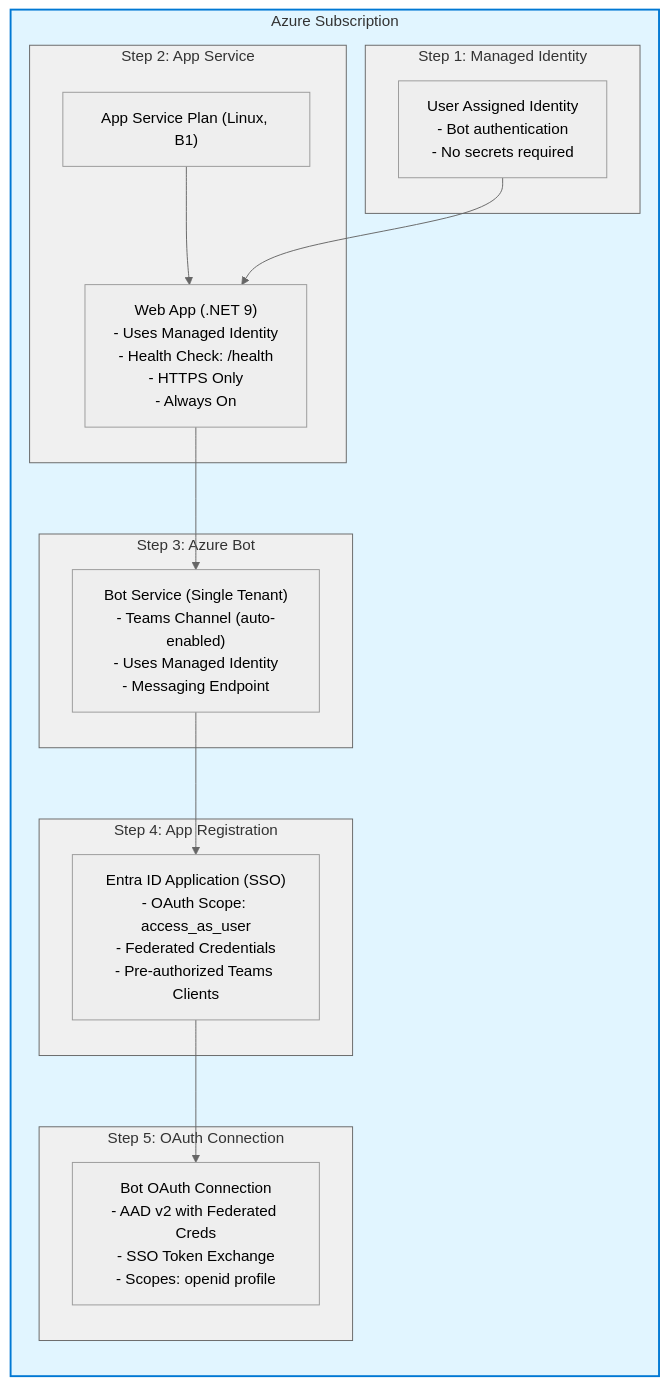
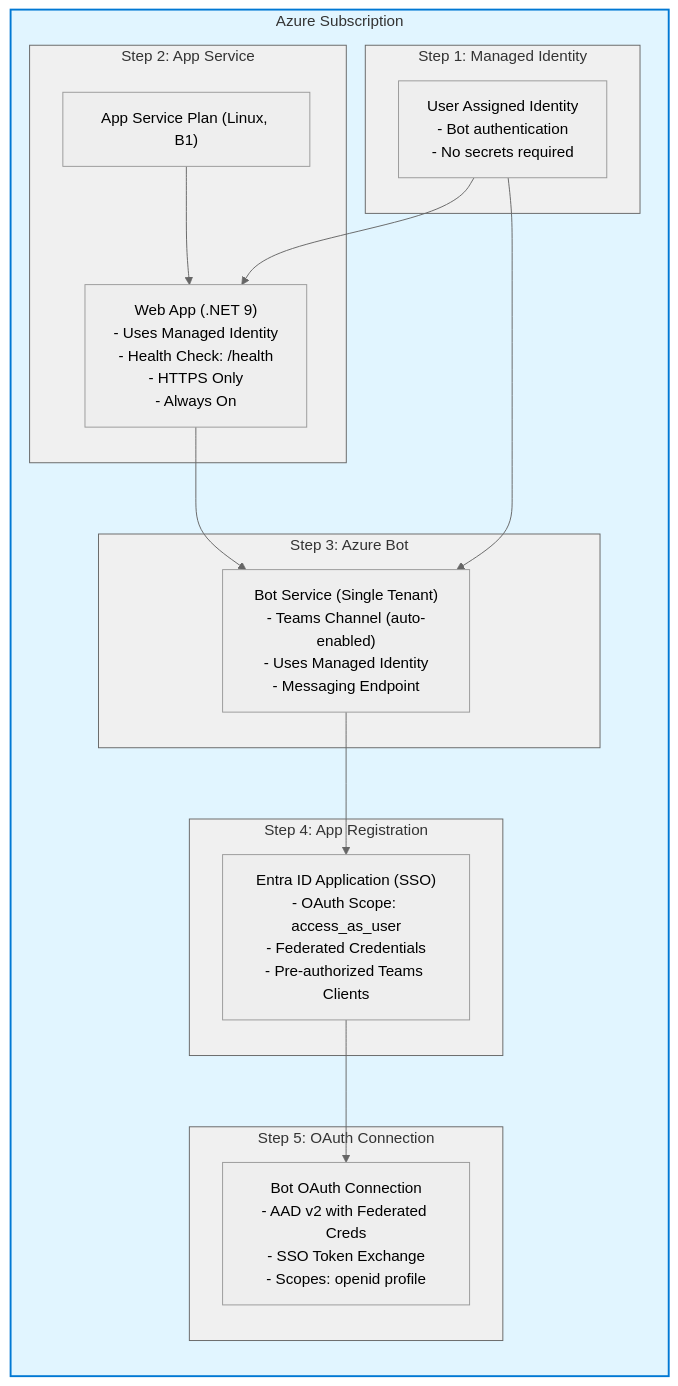
The diagram in M365Agent/AZURE_DEPLOYMENT.md (ericsche/ProxyAgent-CSharp), drawn with Mermaid (neutral theme) before and after one commit.

Commit message:
update diagram

````diff
--- a/M365Agent/AZURE_DEPLOYMENT.md
+++ b/M365Agent/AZURE_DEPLOYMENT.md
@@ -59,40 +59,41 @@
 ```mermaid
 graph TB
     subgraph Azure["Azure Subscription"]
         direction TB
         
         subgraph Step1["Step 1: Managed Identity"]
             Identity["User Assigned Identity<br/>- Bot authentication<br/>- No secrets required"]
         end
         
         subgraph Step2["Step 2: App Service"]
             AppServicePlan["App Service Plan (Linux, B1)"]
             WebApp["Web App (.NET 9)<br/>- Uses Managed Identity<br/>- Health Check: /health<br/>- HTTPS Only<br/>- Always On"]
             AppServicePlan --> WebApp
         end
         
         subgraph Step3["Step 3: Azure Bot"]
             BotService["Bot Service (Single Tenant)<br/>- Teams Channel (auto-enabled)<br/>- Uses Managed Identity<br/>- Messaging Endpoint"]
         end
         
         subgraph Step4["Step 4: App Registration"]
             SSOApp["Entra ID Application (SSO)<br/>- OAuth Scope: access_as_user<br/>- Federated Credentials<br/>- Pre-authorized Teams Clients"]
         end
         
         subgraph Step5["Step 5: OAuth Connection"]
             OAuth["Bot OAuth Connection<br/>- AAD v2 with Federated Creds<br/>- SSO Token Exchange<br/>- Scopes: openid profile"]
         end
         
         Identity --> WebApp
+        Identity --> BotService
         WebApp --> BotService
         BotService --> SSOApp
         SSOApp --> OAuth
     end
     
     style Azure fill:#e1f5ff,stroke:#0078d4,stroke-width:2px
     style Step1 fill:#f0f0f0,stroke:#666,stroke-width:1px
     style Step2 fill:#f0f0f0,stroke:#666,stroke-width:1px
     style Step3 fill:#f0f0f0,stroke:#666,stroke-width:1px
     style Step4 fill:#f0f0f0,stroke:#666,stroke-width:1px
     style Step5 fill:#f0f0f0,stroke:#666,stroke-width:1px
 ```
````
